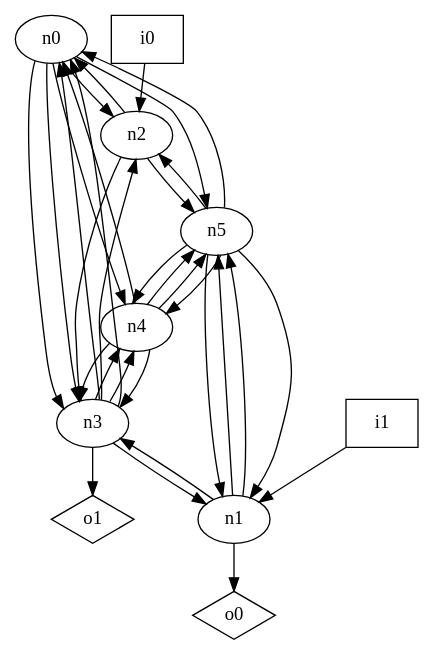
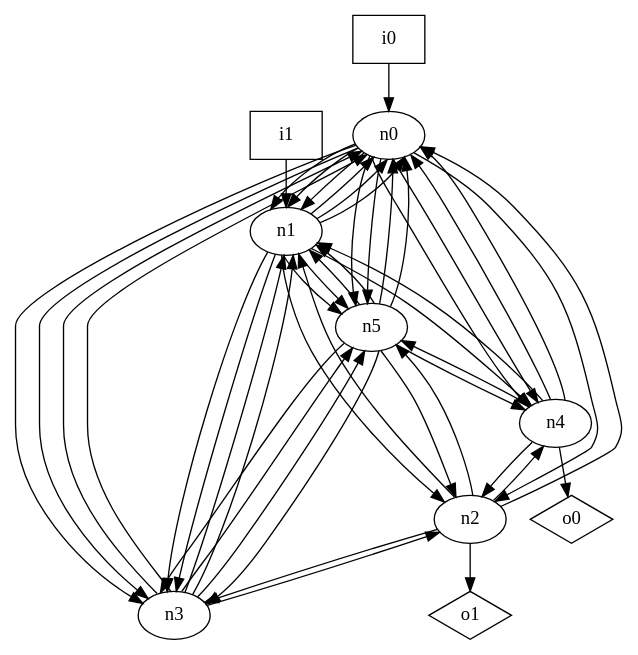
The diagram in dot_files/random_graph/undirected_loop_free_graph.dot (p9romain/bool-circuits), drawn with Graphviz before and after one commit. The commit also changed 46 other files, not shown here.

```diff
--- a/dot_files/random_graph/undirected_loop_free_graph.dot
+++ b/dot_files/random_graph/undirected_loop_free_graph.dot
@@ -1,44 +1,60 @@
 digraph G {
 n0 [label="n0"];
 n1 [label="n1"];
 n2 [label="n2"];
 n3 [label="n3"];
 n4 [label="n4"];
 n5 [label="n5"];
 n6 [label="i0",shape="box"];
 n7 [label="i1",shape="box"];
 n8 [label="o0",shape="diamond"];
 n9 [label="o1",shape="diamond"];
+n0 -> n1
+n0 -> n1
+n0 -> n1
 n0 -> n2
 n0 -> n3
 n0 -> n3
 n0 -> n4
+n0 -> n4
 n0 -> n5
+n0 -> n5
+n1 -> n0
+n1 -> n0
+n1 -> n0
+n1 -> n2
 n1 -> n3
+n1 -> n3
+n1 -> n4
 n1 -> n5
 n1 -> n5
-n1 -> n8
 n2 -> n0
+n2 -> n1
 n2 -> n3
+n2 -> n4
 n2 -> n5
+n2 -> n9
 n3 -> n0
 n3 -> n0
 n3 -> n1
+n3 -> n1
 n3 -> n2
-n3 -> n4
-n3 -> n4
-n3 -> n9
+n3 -> n5
+n3 -> n5
 n4 -> n0
-n4 -> n3
-n4 -> n3
+n4 -> n0
+n4 -> n1
+n4 -> n2
 n4 -> n5
-n4 -> n5
+n4 -> n8
+n5 -> n0
 n5 -> n0
 n5 -> n1
 n5 -> n1
 n5 -> n2
+n5 -> n3
+n5 -> n3
 n5 -> n4
-n5 -> n4
-n6 -> n2
+n6 -> n0
 n7 -> n1
 }
```
